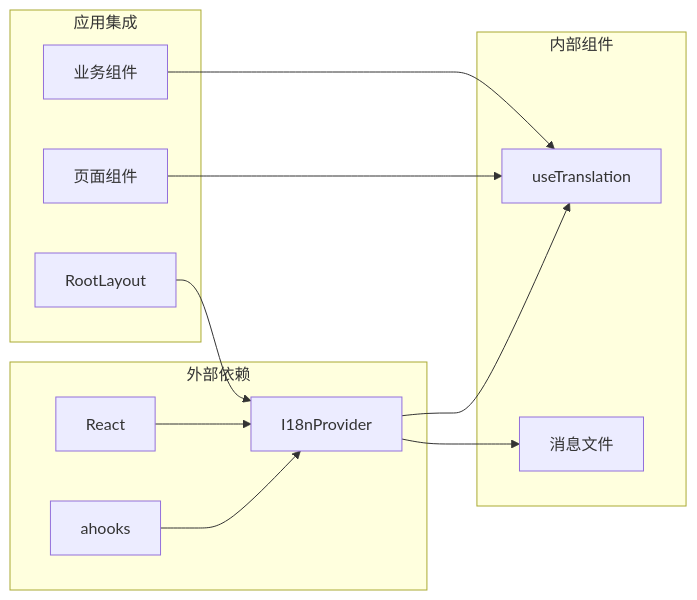
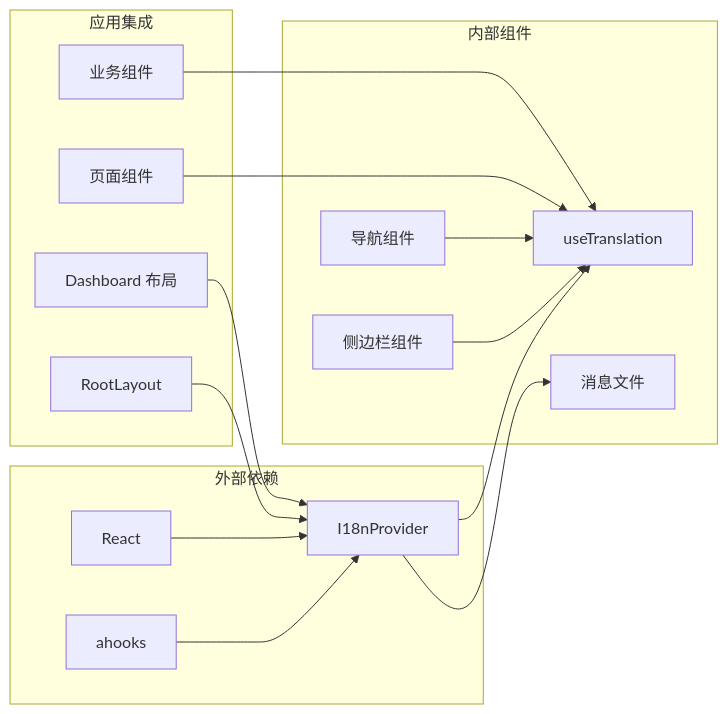
One commit to RadiumAg/AIGate changed the sixth of 6 diagrams in .qoder/repowiki/zh/content/开发指南/国际化系统.md. Above: the diagram before and after it, drawn with Mermaid. The commit also changed other lines of this file and 9 other files, not shown here.

````diff
--- a/.qoder/repowiki/zh/content/开发指南/国际化系统.md
+++ b/.qoder/repowiki/zh/content/开发指南/国际化系统.md
@@ -286,25 +321,31 @@
 ```mermaid
 graph LR
 subgraph "外部依赖"
 A[ahooks]
 B[React]
 C[next-intl]
 end
 subgraph "内部组件"
 C[I18nProvider]
 D[useTranslation]
 E[消息文件]
+F[侧边栏组件]
+G[导航组件]
 end
 subgraph "应用集成"
-F[RootLayout]
-G[页面组件]
-H[业务组件]
+H[RootLayout]
+I[页面组件]
+J[业务组件]
+K[Dashboard 布局]
 end
 A --> C
 B --> C
 C --> D
 C --> E
-F --> C
+F --> D
 G --> D
-H --> D
+H --> C
+I --> D
+J --> D
+K --> C
 ```
````
